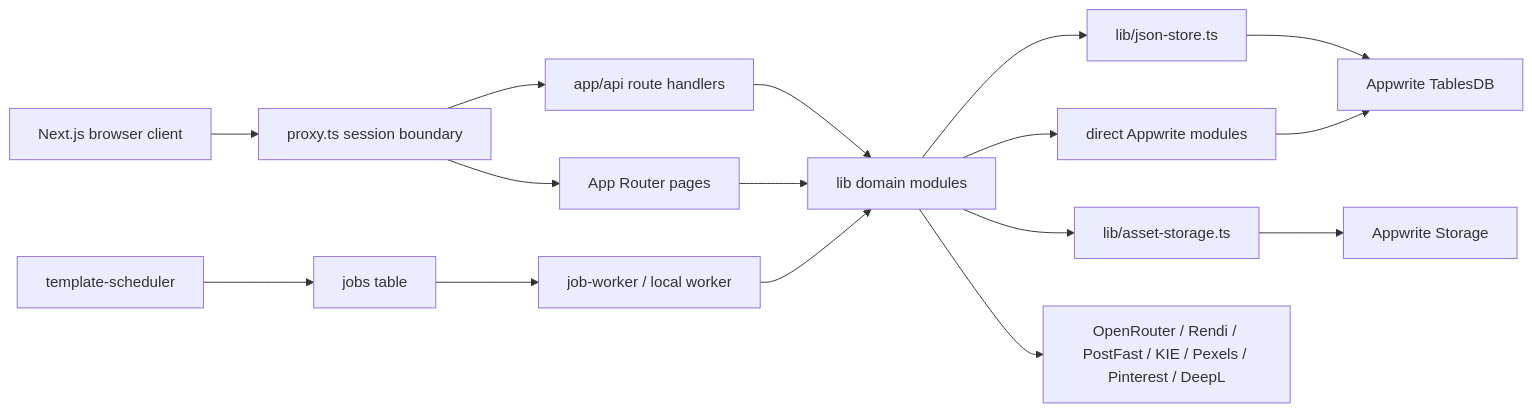
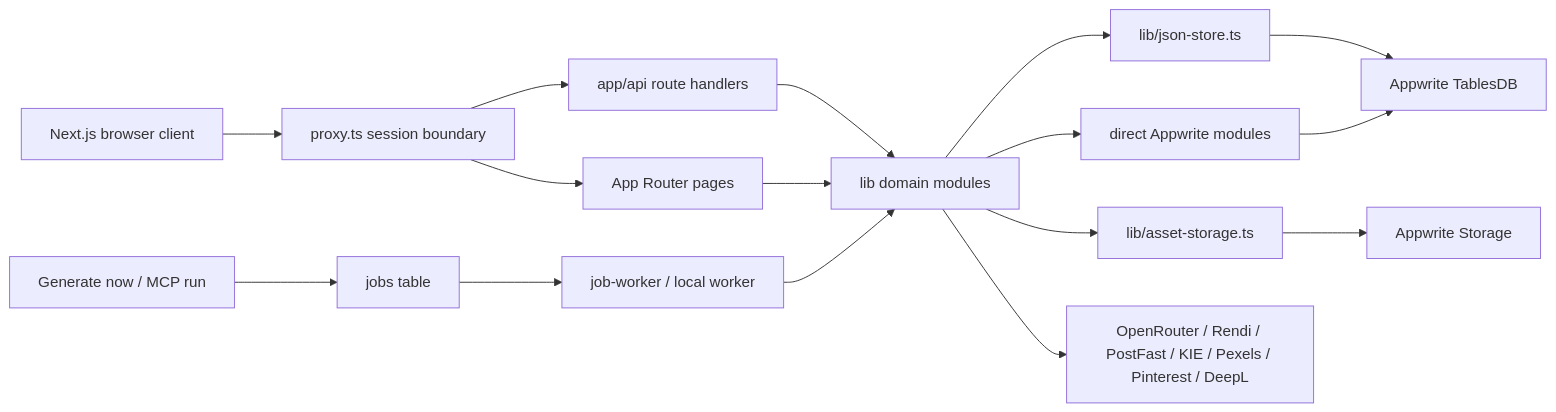
Before and after one commit to xk1234/cfarm: the first of 2 diagrams in docs/data/backend-architecture.md, drawn with Mermaid. The commit also changed other lines of this file and 42 other files, not shown here.

````diff
--- a/docs/data/backend-architecture.md
+++ b/docs/data/backend-architecture.md
@@ -16,21 +16,21 @@
 ```mermaid
 flowchart LR
     Browser["Next.js browser client"] --> Proxy["proxy.ts session boundary"]
     Proxy --> Pages["App Router pages"]
     Proxy --> Routes["app/api route handlers"]
 
     Routes --> Domain["lib domain modules"]
     Pages --> Domain
-    Scheduler["template-scheduler"] --> Jobs["jobs table"]
+    ManualRun["Generate now / MCP run"] --> Jobs["jobs table"]
     Jobs --> Worker["job-worker / local worker"]
     Worker --> Domain
 
     Domain --> JsonStore["lib/json-store.ts"]
     Domain --> DirectStores["direct Appwrite modules"]
     JsonStore --> Tables["Appwrite TablesDB"]
     DirectStores --> Tables
     Domain --> Assets["lib/asset-storage.ts"]
     Assets --> Storage["Appwrite Storage"]
 
     Domain --> Providers["OpenRouter / Rendi / PostFast / KIE / Pexels / Pinterest / DeepL"]
 ```
````
